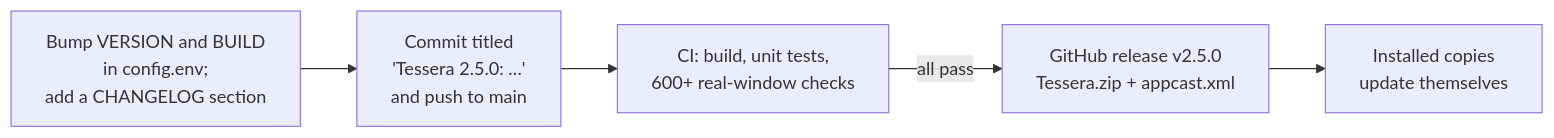
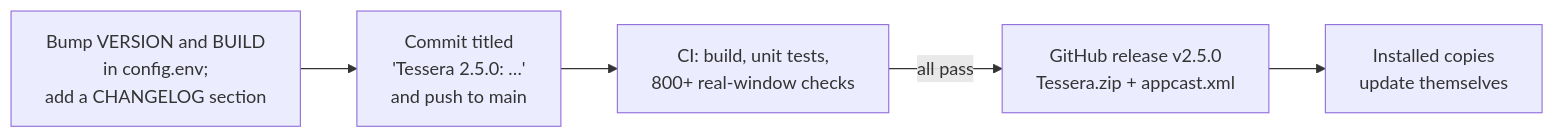
One commit to vik101/Tessera changed the seventh of 7 diagrams in README.md. Above: the diagram before and after it, drawn with Mermaid. The commit also changed other lines of this file and 9 other files, not shown here.

````diff
--- a/README.md
+++ b/README.md
@@ -463,7 +475,7 @@
 ```mermaid
 flowchart LR
     A["Bump VERSION and BUILD<br/>in config.env;<br/>add a CHANGELOG section"] --> B["Commit titled<br/>'Tessera 2.5.0: …'<br/>and push to main"]
-    B --> C["CI: build, unit tests,<br/>600+ real-window checks"]
+    B --> C["CI: build, unit tests,<br/>800+ real-window checks"]
     C -- "all pass" --> D["GitHub release v2.5.0<br/>Tessera.zip + appcast.xml"]
     D --> E["Installed copies<br/>update themselves"]
 ```
````
